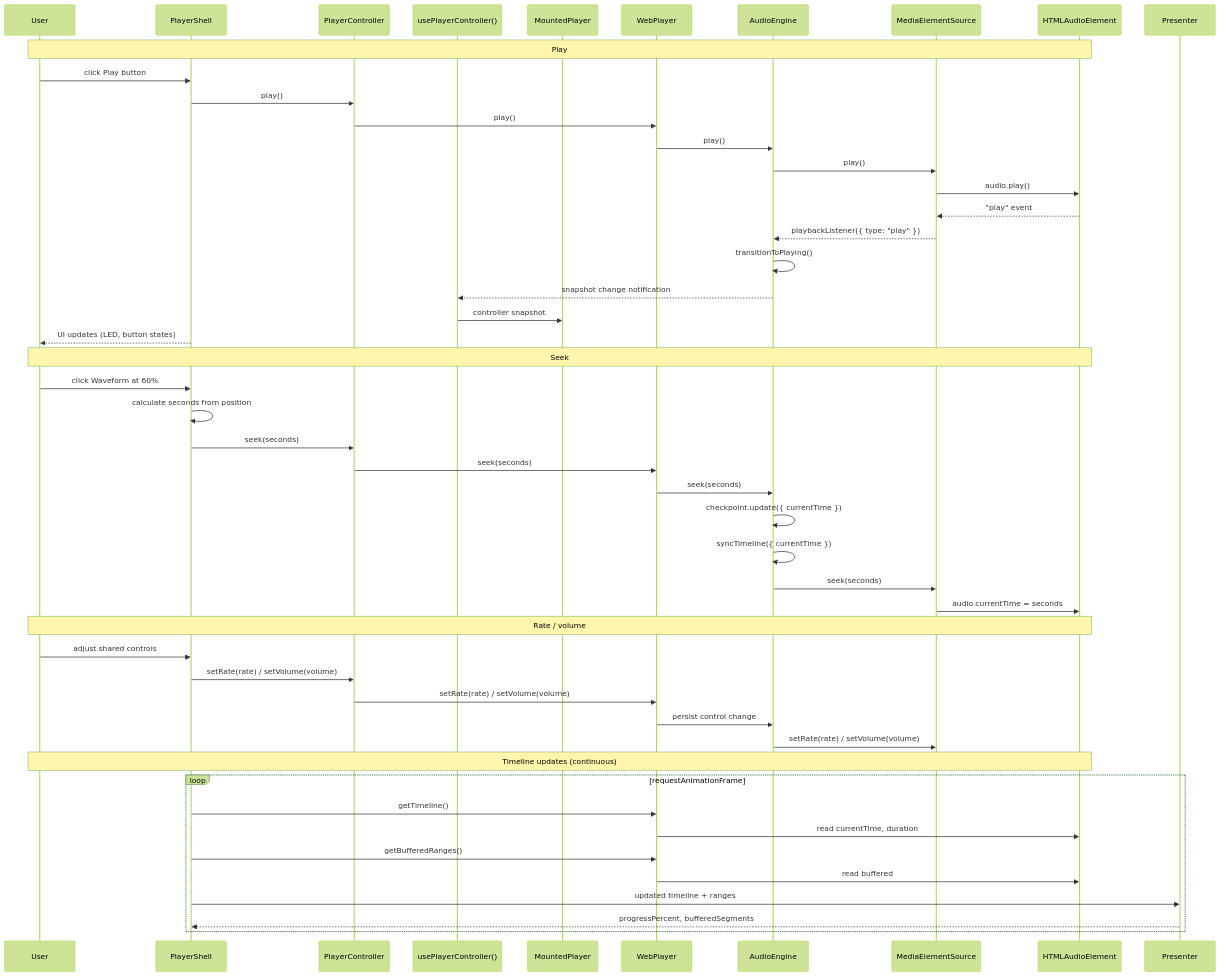
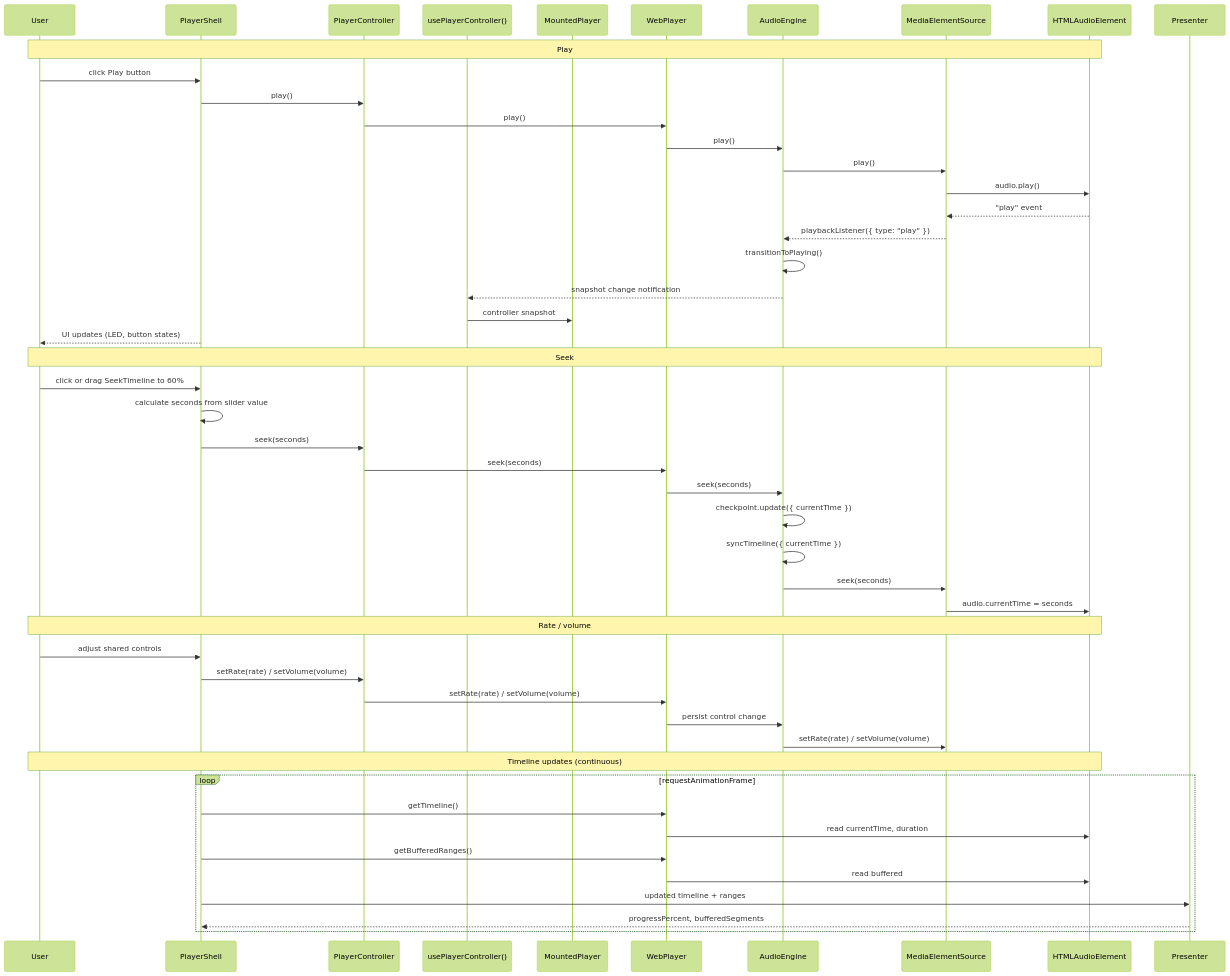
The third of 5 diagrams in docs/diagrams/2026-03-10-web-audio-player-flows.md (kalynbeach/kkb), drawn with Mermaid (forest theme) before and after one commit. The commit also changed other lines of this file and 34 other files, not shown here.

First line of the commit message:
feat(ui): replace waveform with seek timeline (#37)

````diff
--- a/docs/diagrams/2026-03-10-web-audio-player-flows.md
+++ b/docs/diagrams/2026-03-10-web-audio-player-flows.md
@@ -84,54 +84,54 @@
 ```mermaid
 sequenceDiagram
     participant User
     participant Shell as PlayerShell
     participant Controller as PlayerController
     participant ControllerHook as usePlayerController()
     participant Mounted as MountedPlayer
     participant WP as WebPlayer
     participant Engine as AudioEngine
     participant Source as MediaElementSource
     participant Audio as HTMLAudioElement
 
     Note over User,Audio: Play
     User->>Shell: click Play button
     Shell->>Controller: play()
     Controller->>WP: play()
     WP->>Engine: play()
     Engine->>Source: play()
     Source->>Audio: audio.play()
     Audio-->>Source: "play" event
     Source-->>Engine: playbackListener({ type: "play" })
     Engine->>Engine: transitionToPlaying()
     Engine-->>ControllerHook: snapshot change notification
     ControllerHook->>Mounted: controller snapshot
     Shell-->>User: UI updates (LED, button states)
 
     Note over User,Audio: Seek
-    User->>Shell: click Waveform at 60%
-    Shell->>Shell: calculate seconds from position
+    User->>Shell: click or drag SeekTimeline to 60%
+    Shell->>Shell: calculate seconds from slider value
     Shell->>Controller: seek(seconds)
     Controller->>WP: seek(seconds)
     WP->>Engine: seek(seconds)
     Engine->>Engine: checkpoint.update({ currentTime })
     Engine->>Engine: syncTimeline({ currentTime })
     Engine->>Source: seek(seconds)
     Source->>Audio: audio.currentTime = seconds
 
     Note over User,Audio: Rate / volume
     User->>Shell: adjust shared controls
     Shell->>Controller: setRate(rate) / setVolume(volume)
     Controller->>WP: setRate(rate) / setVolume(volume)
     WP->>Engine: persist control change
     Engine->>Source: setRate(rate) / setVolume(volume)
 
     Note over User,Audio: Timeline updates (continuous)
     loop requestAnimationFrame
         Shell->>WP: getTimeline()
         WP->>Audio: read currentTime, duration
         Shell->>WP: getBufferedRanges()
         WP->>Audio: read buffered
         Shell->>Presenter: updated timeline + ranges
         Presenter-->>Shell: progressPercent, bufferedSegments
     end
 ```
````
